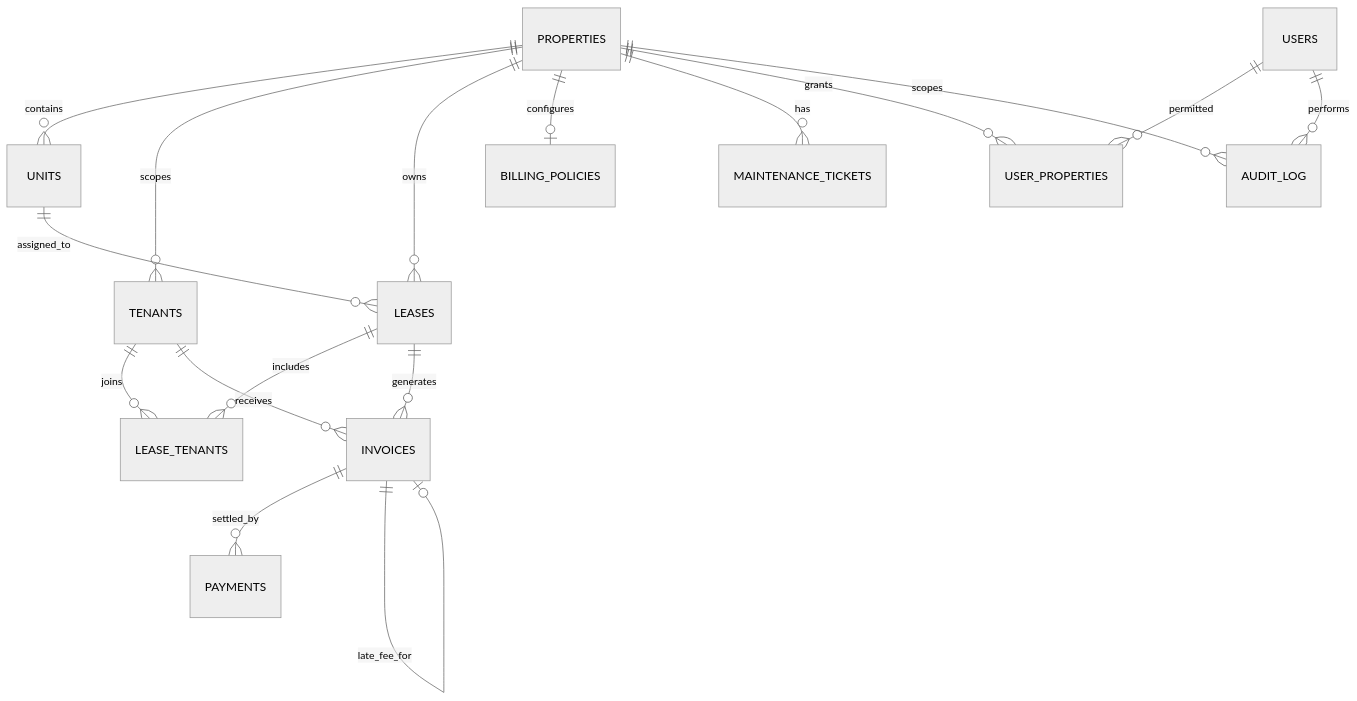
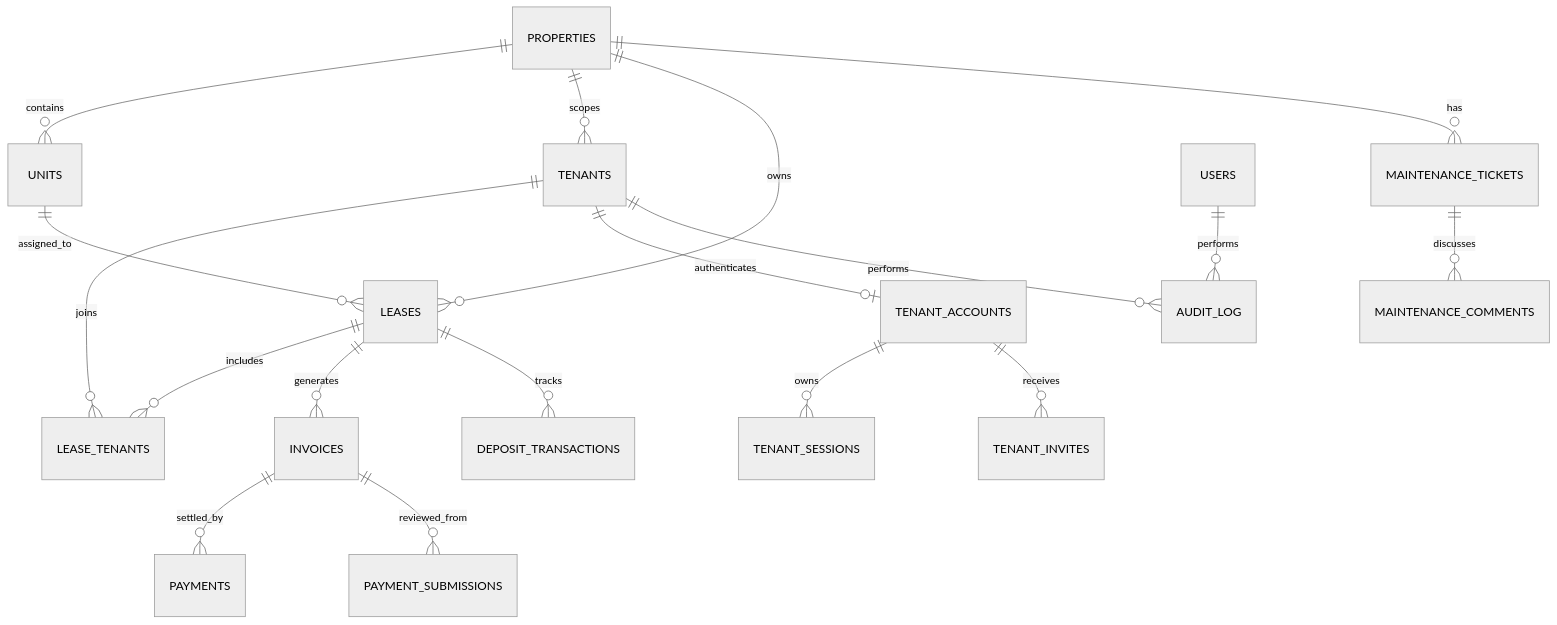
One commit to smeetbuilds/nivasaos changed the diagram in README.md. Above: the diagram before and after it, drawn with Mermaid (neutral theme). The commit also changed other lines of this file and 49 other files, not shown here.

````diff
--- a/README.md
+++ b/README.md
@@ -230,19 +192,20 @@
 ```mermaid
 erDiagram
   PROPERTIES ||--o{ UNITS : contains
   PROPERTIES ||--o{ TENANTS : scopes
   PROPERTIES ||--o{ LEASES : owns
   UNITS ||--o{ LEASES : assigned_to
   LEASES ||--o{ LEASE_TENANTS : includes
   TENANTS ||--o{ LEASE_TENANTS : joins
+  TENANTS ||--o| TENANT_ACCOUNTS : authenticates
+  TENANT_ACCOUNTS ||--o{ TENANT_SESSIONS : owns
+  TENANT_ACCOUNTS ||--o{ TENANT_INVITES : receives
   LEASES ||--o{ INVOICES : generates
-  TENANTS ||--o{ INVOICES : receives
   INVOICES ||--o{ PAYMENTS : settled_by
-  INVOICES ||--o| INVOICES : late_fee_for
-  PROPERTIES ||--o| BILLING_POLICIES : configures
+  INVOICES ||--o{ PAYMENT_SUBMISSIONS : reviewed_from
+  LEASES ||--o{ DEPOSIT_TRANSACTIONS : tracks
   PROPERTIES ||--o{ MAINTENANCE_TICKETS : has
-  USERS ||--o{ USER_PROPERTIES : permitted
-  PROPERTIES ||--o{ USER_PROPERTIES : grants
+  MAINTENANCE_TICKETS ||--o{ MAINTENANCE_COMMENTS : discusses
   USERS ||--o{ AUDIT_LOG : performs
-  PROPERTIES ||--o{ AUDIT_LOG : scopes
+  TENANTS ||--o{ AUDIT_LOG : performs
 ```
````
